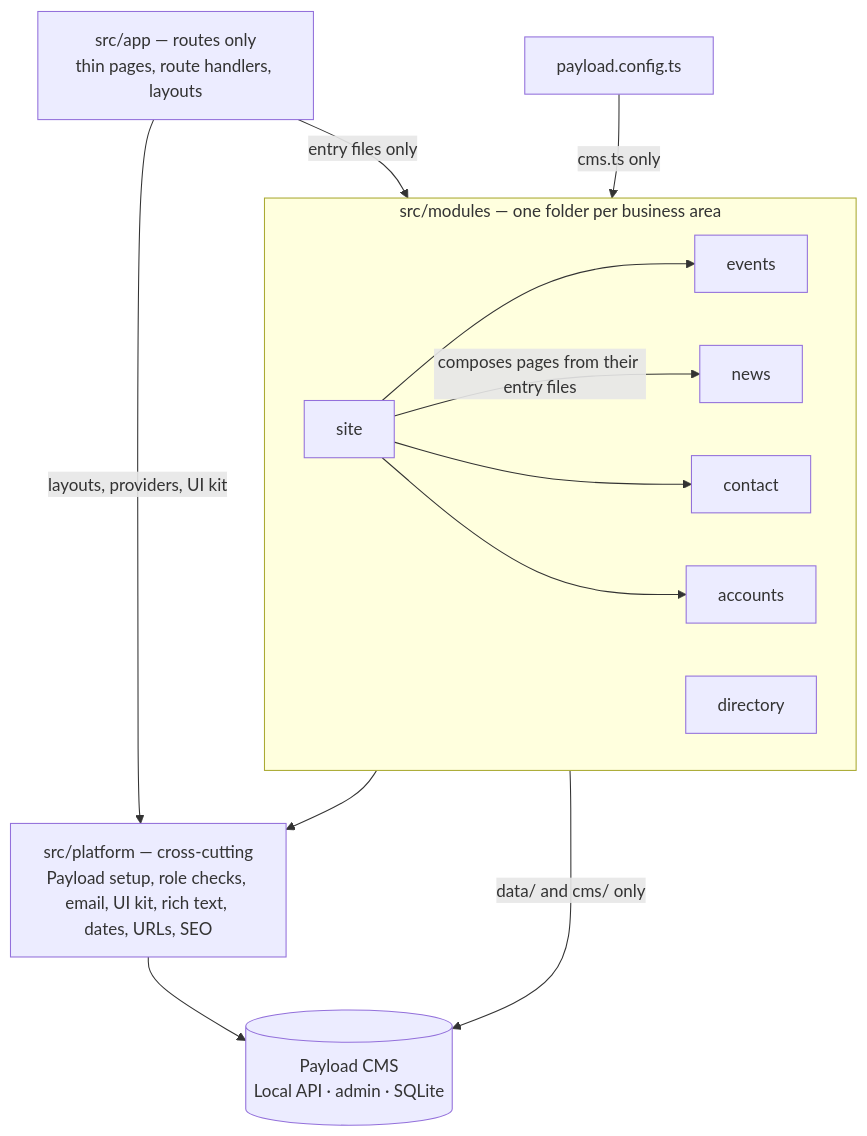
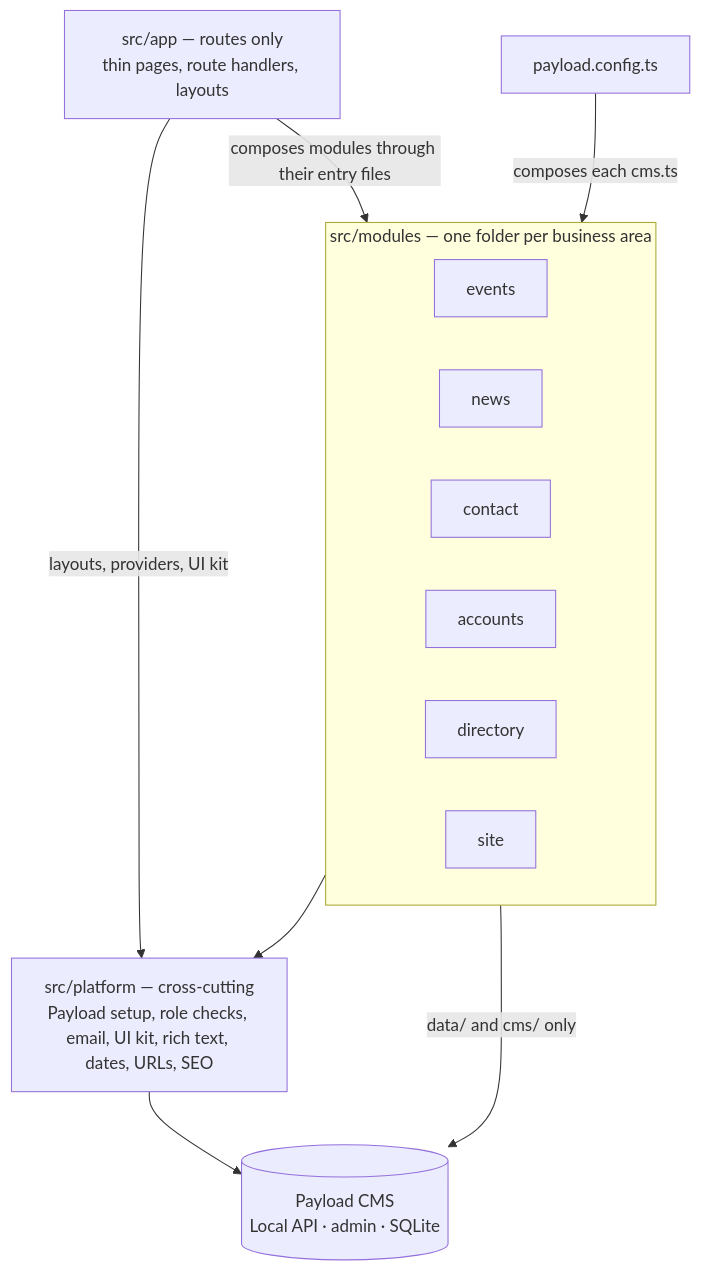
The diagram in docs/architecture/README.md (boulaajaj/sprecher-east-neighborhood-website), drawn with Mermaid before and after one commit. The commit also changed other lines of this file and 10 other files, not shown here.

First line of the commit message:
process: write-code skill; modules don't import each other (0008)

````diff
--- a/docs/architecture/README.md
+++ b/docs/architecture/README.md
@@ -17,26 +17,22 @@
 ```mermaid
 flowchart TD
   app["src/app — routes only<br/>thin pages, route handlers, layouts"]
   config["payload.config.ts"]
   subgraph modules["src/modules — one folder per business area"]
     events[events]
     news[news]
     contact[contact]
     accounts[accounts]
     directory[directory]
     site[site]
   end
   platform["src/platform — cross-cutting<br/>Payload setup, role checks, email, UI kit, rich text, dates, URLs, SEO"]
   payload[("Payload CMS<br/>Local API · admin · SQLite")]
 
-  app -->|"entry files only"| modules
+  app -->|"composes modules through their entry files"| modules
   app -->|"layouts, providers, UI kit"| platform
-  config -->|"cms.ts only"| modules
-  site -->|"composes pages from their entry files"| news
-  site --> events
-  site --> contact
-  site --> accounts
+  config -->|"composes each cms.ts"| modules
   modules --> platform
   modules -->|"data/ and cms/ only"| payload
   platform --> payload
 ```
````
